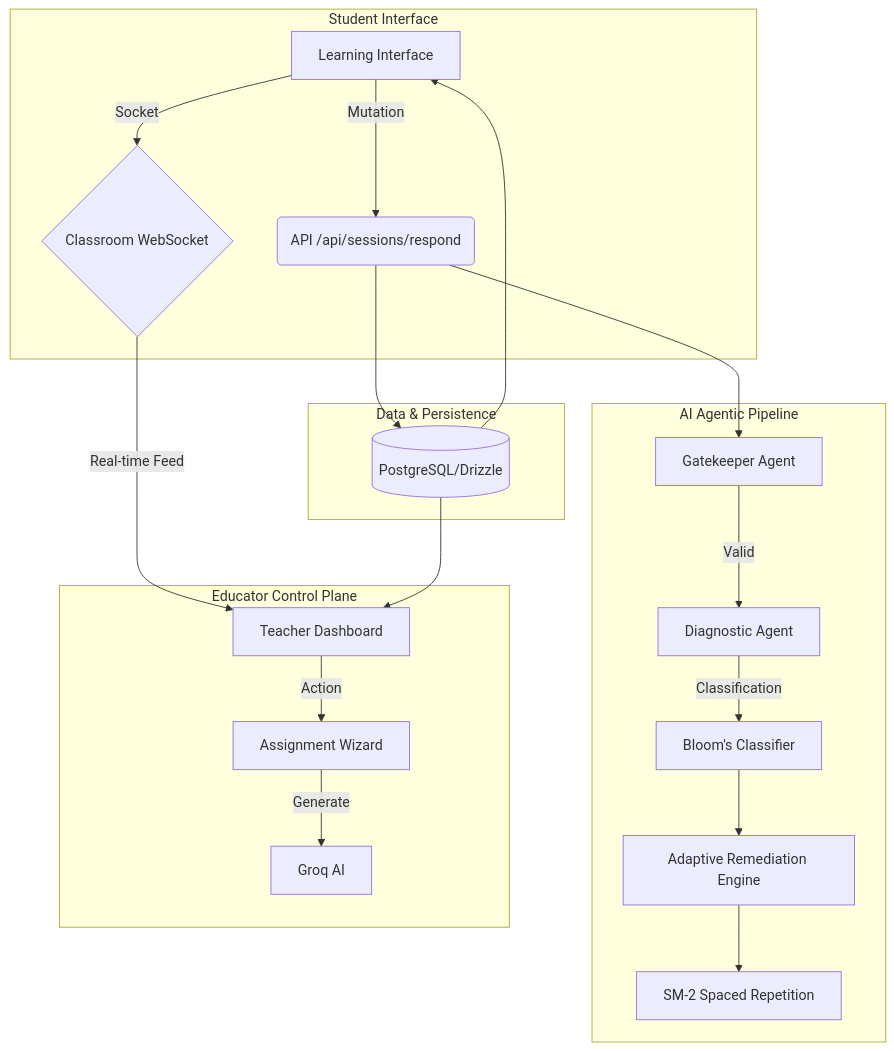
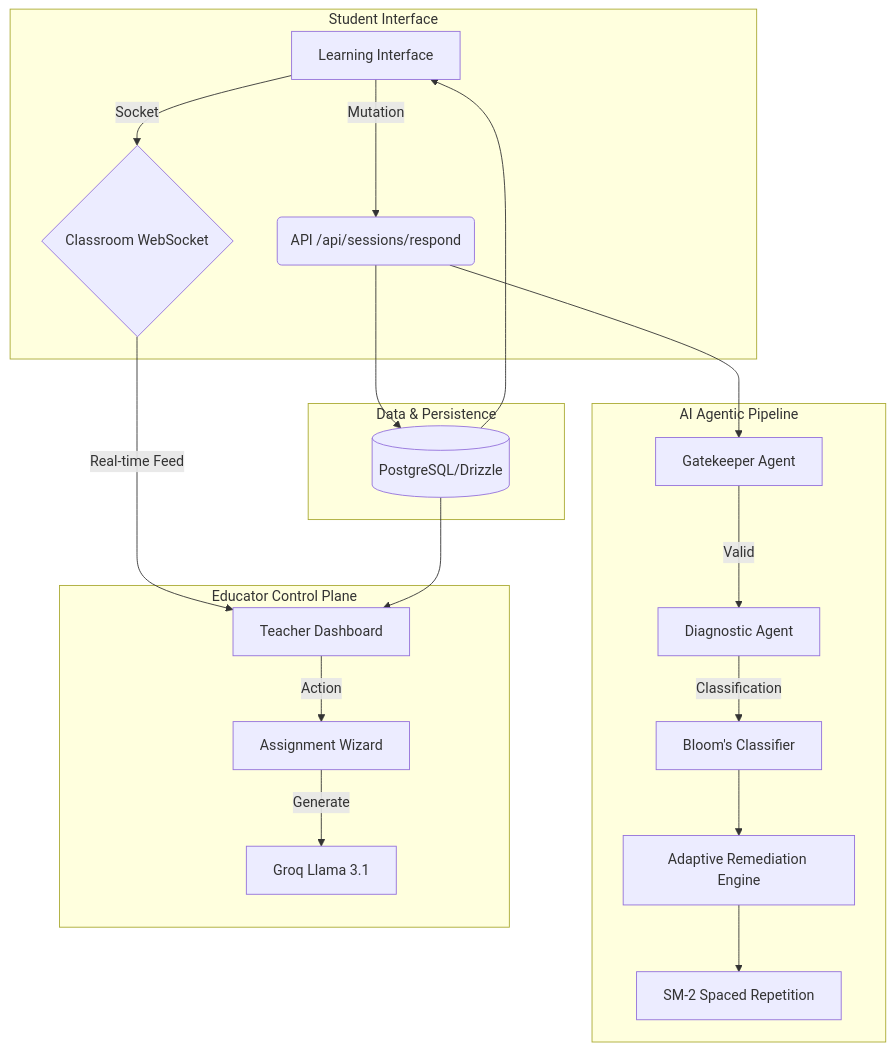
One commit to RohanMukka/edulens-ai changed the diagram in README.md. Above: the diagram before and after it, drawn with Mermaid. The commit also changed other lines of this file and 5 other files, not shown here.

````diff
--- a/README.md
+++ b/README.md
@@ -37,27 +38,27 @@
 ```mermaid
 graph TD
     subgraph "Student Interface"
         A[Learning Interface] -->|Mutation| B(API /api/sessions/respond)
         A -->|Socket| C{Classroom WebSocket}
     end
 
     subgraph "AI Agentic Pipeline"
         B --> D[Gatekeeper Agent]
         D -->|Valid| E[Diagnostic Agent]
         E -->|Classification| F[Bloom's Classifier]
         F --> G[Adaptive Remediation Engine]
         G --> H[SM-2 Spaced Repetition]
     end
 
     subgraph "Educator Control Plane"
         C -->|Real-time Feed| I[Teacher Dashboard]
         I -->|Action| J[Assignment Wizard]
-        J -->|Generate| K[Groq AI]
+        J -->|Generate| K[Groq Llama 3.1]
     end
 
     subgraph "Data & Persistence"
         B --> L[(PostgreSQL/Drizzle)]
         L --> I
         L --> A
     end
 ```
````
